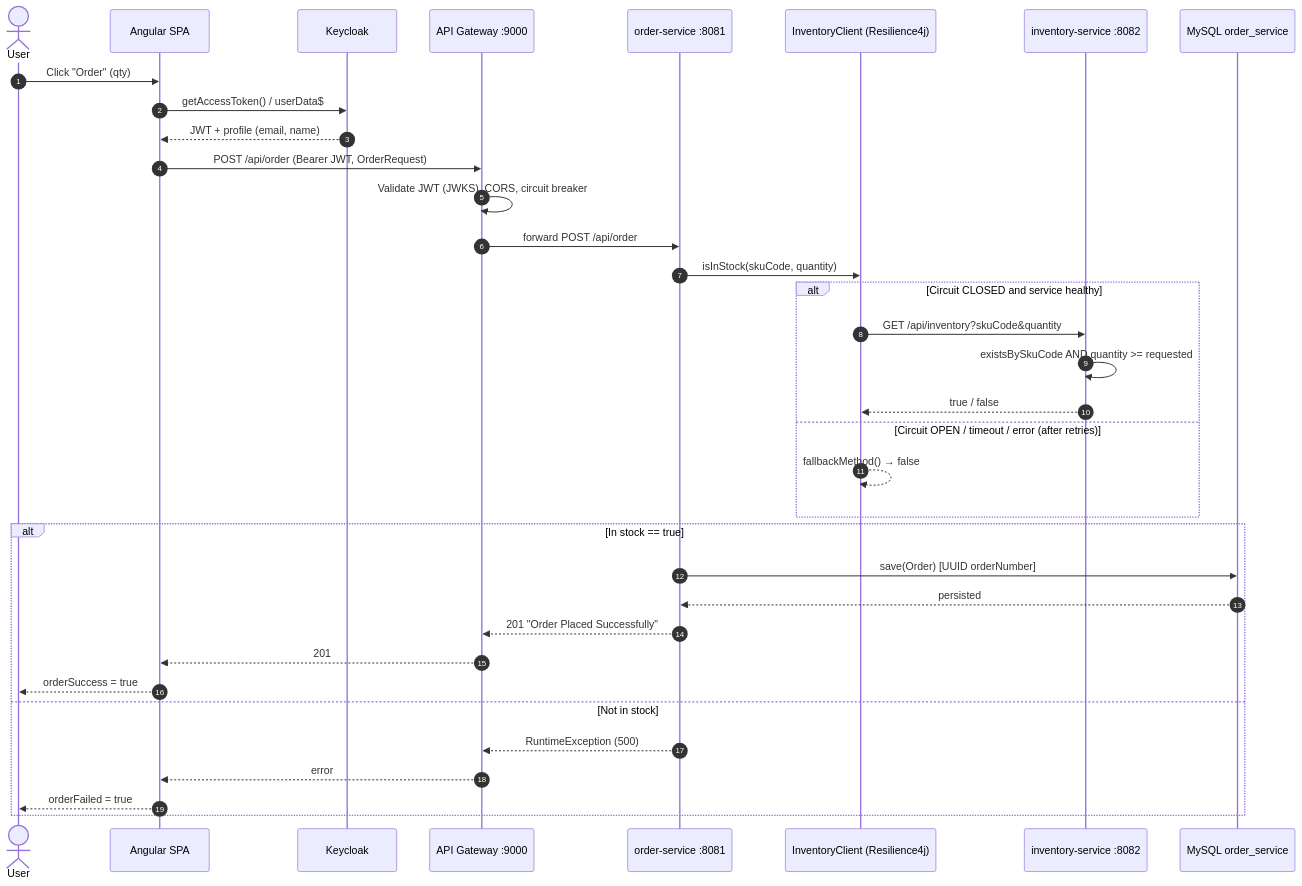
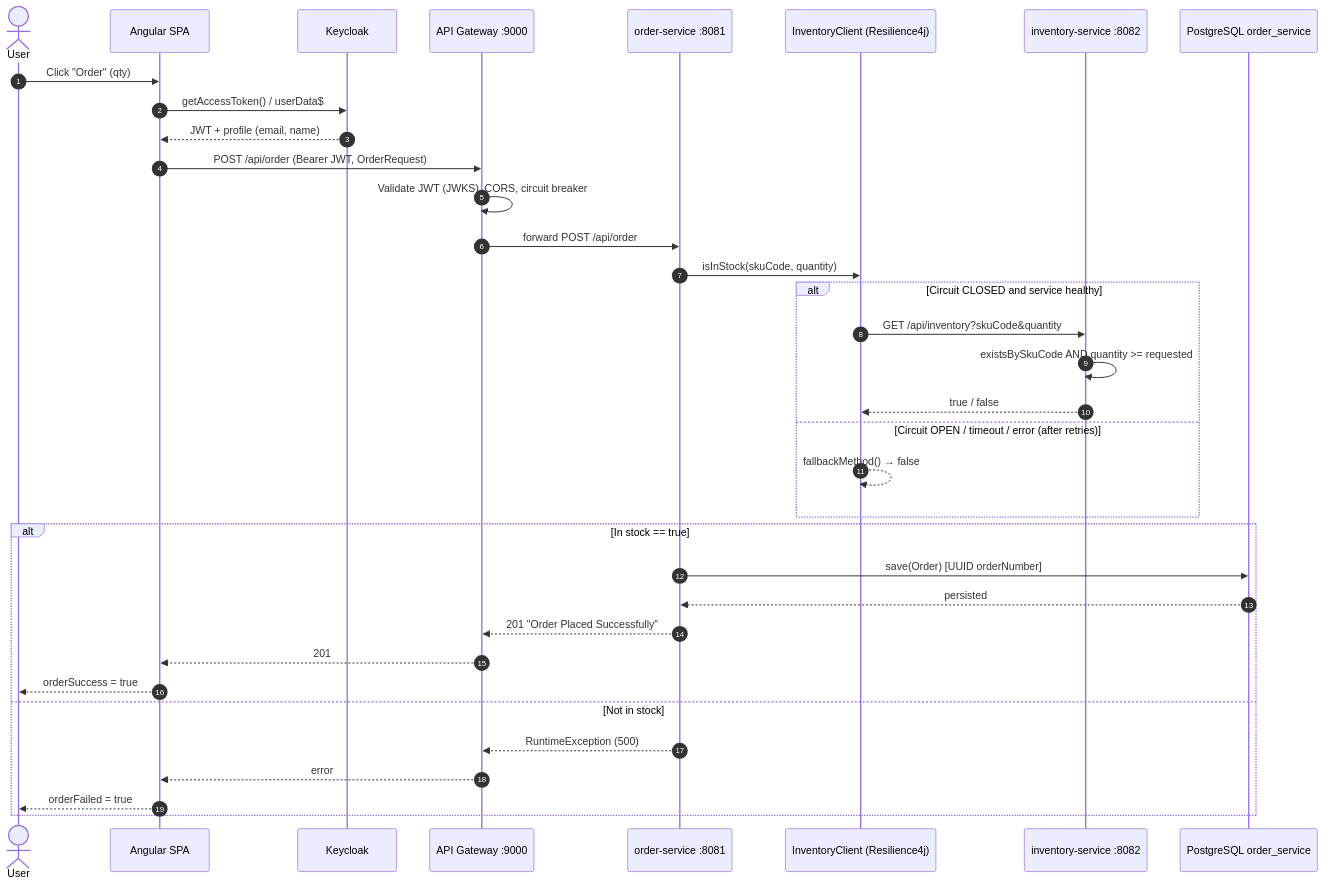
One commit to SzabolcsBeko/ms_sap_project changed the eighth of 12 diagrams in docs/ARCHITECTURE.md. Above: the diagram before and after it, drawn with Mermaid. The commit also changed other lines of this file and 30 other files, not shown here.

First line of the commit message:
feat(db): migrate order-service and inventory-service to PostgreSQL 16

````diff
--- a/docs/ARCHITECTURE.md
+++ b/docs/ARCHITECTURE.md
@@ -347,40 +347,40 @@
 ```mermaid
 sequenceDiagram
     autonumber
     actor U as User
     participant FE as Angular SPA
     participant KC as Keycloak
     participant GW as API Gateway :9000
     participant OS as order-service :8081
     participant IC as InventoryClient (Resilience4j)
     participant IS as inventory-service :8082
-    participant DB as MySQL order_service
+    participant DB as PostgreSQL order_service
 
     U->>FE: Click "Order" (qty)
     FE->>KC: getAccessToken() / userData$
     KC-->>FE: JWT + profile (email, name)
     FE->>GW: POST /api/order (Bearer JWT, OrderRequest)
     GW->>GW: Validate JWT (JWKS), CORS, circuit breaker
     GW->>OS: forward POST /api/order
     OS->>IC: isInStock(skuCode, quantity)
 
     alt Circuit CLOSED and service healthy
         IC->>IS: GET /api/inventory?skuCode&quantity
         IS->>IS: existsBySkuCode AND quantity >= requested
         IS-->>IC: true / false
     else Circuit OPEN / timeout / error (after retries)
         IC-->>IC: fallbackMethod() → false
     end
 
     alt In stock == true
         OS->>DB: save(Order) [UUID orderNumber]
         DB-->>OS: persisted
         OS-->>GW: 201 "Order Placed Successfully"
         GW-->>FE: 201
         FE-->>U: orderSuccess = true
     else Not in stock
         OS-->>GW: RuntimeException (500)
         GW-->>FE: error
         FE-->>U: orderFailed = true
     end
 ```
````
